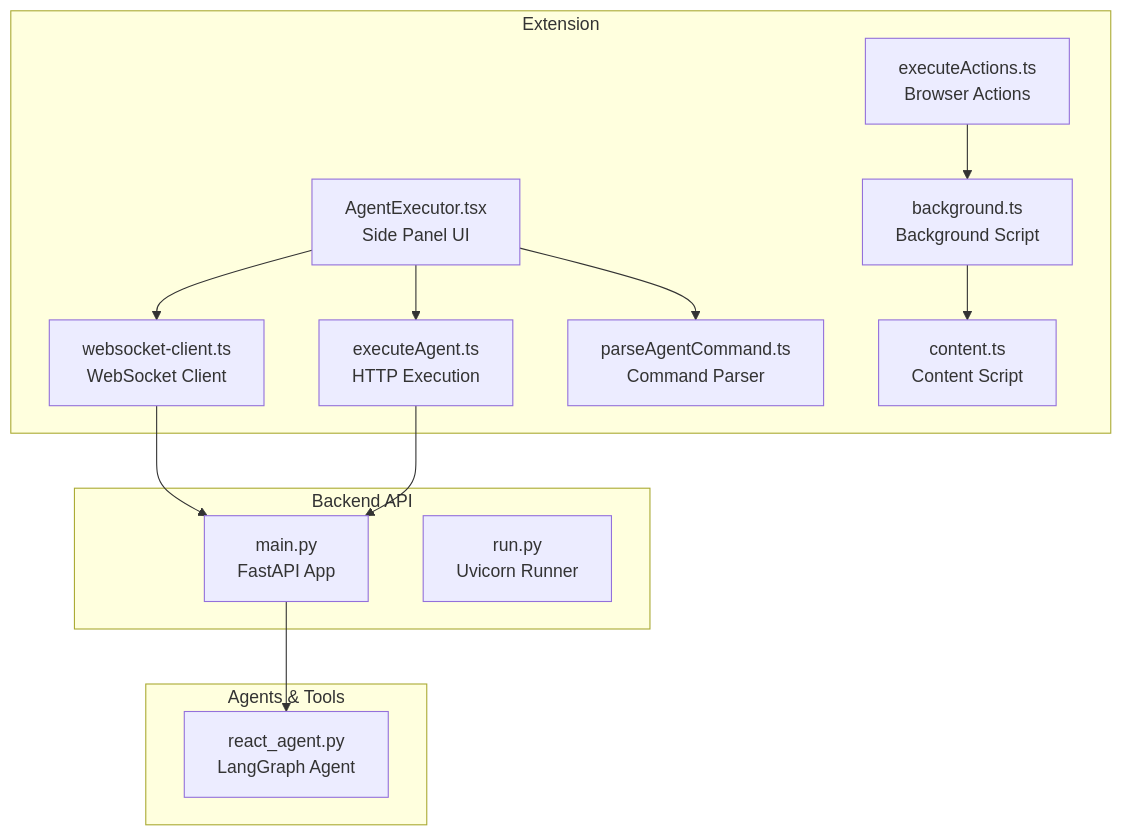
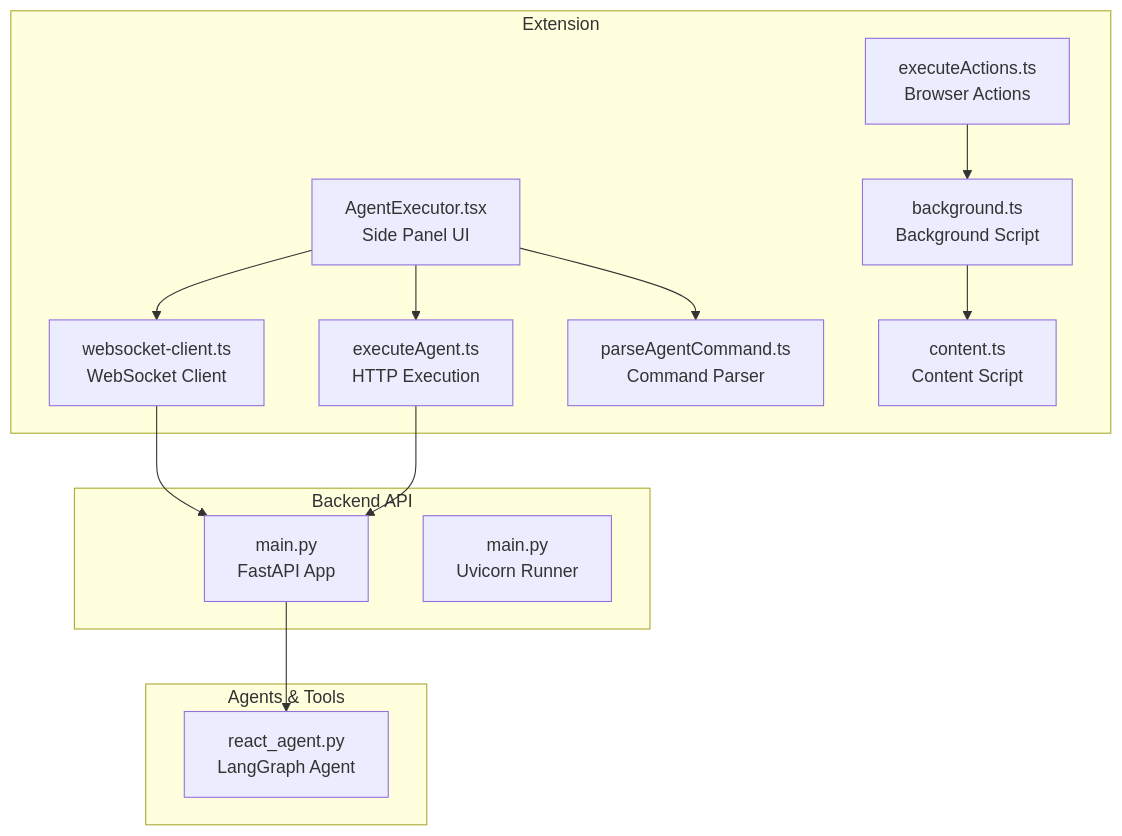
Before and after one commit to tashifkhan/tashif.codes: the first of 8 diagrams in src/data/docs/agentic-browser/System Architecture/Component Interactions and Data Flow.md, drawn with Mermaid. The commit also changed other lines of this file and 2128 other files, not shown here.

First line of the commit message:
docs: replace raster diagram images with native Mermaid across project guides

````diff
--- a/src/data/docs/agentic-browser/System Architecture/Component Interactions and Data Flow.md
+++ b/src/data/docs/agentic-browser/System Architecture/Component Interactions and Data Flow.md
@@ -18,27 +13,27 @@
 ```mermaid
 graph TB
 subgraph "Extension"
 UI["AgentExecutor.tsx<br/>Side Panel UI"]
 WS["websocket-client.ts<br/>WebSocket Client"]
 BG["background.ts<br/>Background Script"]
 CT["content.ts<br/>Content Script"]
 EXA["executeAgent.ts<br/>HTTP Execution"]
 EXB["executeActions.ts<br/>Browser Actions"]
 PARSE["parseAgentCommand.ts<br/>Command Parser"]
 end
 subgraph "Backend API"
 API["main.py<br/>FastAPI App"]
-RUN["run.py<br/>Uvicorn Runner"]
+RUN["main.py<br/>Uvicorn Runner"]
 end
 subgraph "Agents & Tools"
 REACT["react_agent.py<br/>LangGraph Agent"]
 end
 UI --> WS
 UI --> EXA
 UI --> PARSE
 WS --> API
 EXA --> API
 BG --> CT
 EXB --> BG
 API --> REACT
 ```
````
